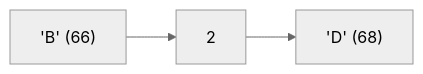
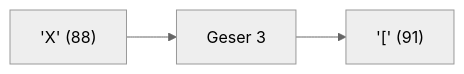
Diagram 16 of 25 in part-c-pemahaman-cpp/01-tipe-data/latihan/set-09.md (amnahwaida/OSNK_INF_PREP), drawn with Mermaid (neutral theme) before and after one commit. The commit also changed other lines of this file and 71 other files, not shown here.

````diff
--- a/part-c-pemahaman-cpp/01-tipe-data/latihan/set-09.md
+++ b/part-c-pemahaman-cpp/01-tipe-data/latihan/set-09.md
@@ -431,5 +452,5 @@
 ```mermaid
 graph LR
-A["'B' (66)"] --> B["2"]
-B --> C["'D' (68)"]
+A["'X' (88)"] --> B["Geser 3"]
+B --> C["'[' (91)"]
 ```
````
